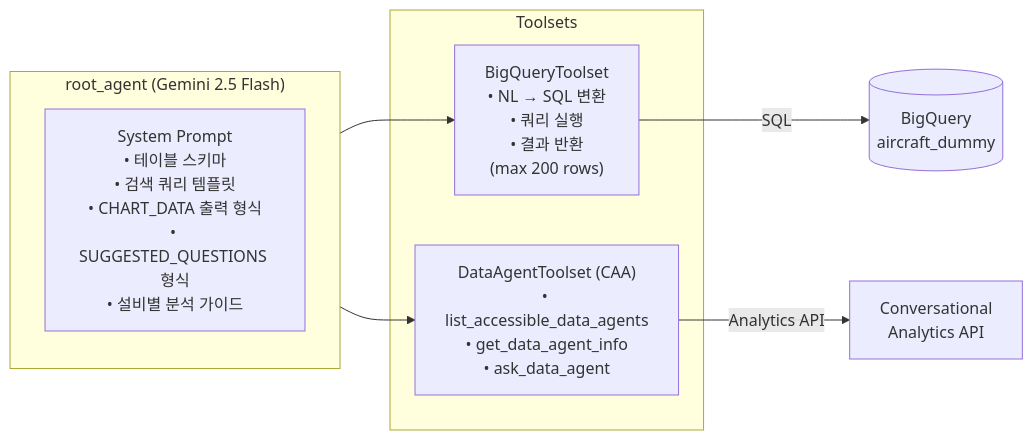
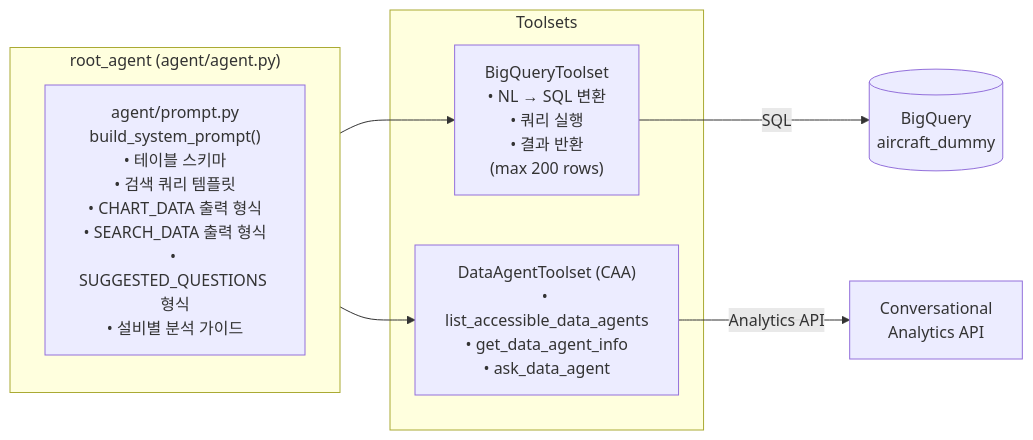
Before and after one commit to seoeunbae/aircraft-intelligence-dashboard: the fourth of 5 diagrams in ARCHITECTURE.md, drawn with Mermaid. The commit also changed other lines of this file and 1 other file, not shown here.

Commit message:
docs : update architecture docs and guide to reflect layered architecture

````diff
--- a/ARCHITECTURE.md
+++ b/ARCHITECTURE.md
@@ -226,16 +279,16 @@
 ```mermaid
 graph LR
-    subgraph Agent["root_agent (Gemini 2.5 Flash)"]
-        PROMPT["System Prompt\n• 테이블 스키마\n• 검색 쿼리 템플릿\n• CHART_DATA 출력 형식\n• SUGGESTED_QUESTIONS 형식\n• 설비별 분석 가이드"]
+    subgraph Agent["root_agent (agent/agent.py)"]
+        PROMPT["agent/prompt.py<br/>build_system_prompt()<br/>• 테이블 스키마<br/>• 검색 쿼리 템플릿<br/>• CHART_DATA 출력 형식<br/>• SEARCH_DATA 출력 형식<br/>• SUGGESTED_QUESTIONS 형식<br/>• 설비별 분석 가이드"]
     end
 
     subgraph Tools["Toolsets"]
-        BQT["BigQueryToolset\n• NL → SQL 변환\n• 쿼리 실행\n• 결과 반환\n(max 200 rows)"]
-        DAT["DataAgentToolset (CAA)\n• list_accessible_data_agents\n• get_data_agent_info\n• ask_data_agent"]
+        BQT["BigQueryToolset<br/>• NL → SQL 변환<br/>• 쿼리 실행<br/>• 결과 반환<br/>(max 200 rows)"]
+        DAT["DataAgentToolset (CAA)<br/>• list_accessible_data_agents<br/>• get_data_agent_info<br/>• ask_data_agent"]
     end
 
     Agent --> BQT
     Agent --> DAT
-    BQT -->|"SQL"| BQ[("BigQuery\naircraft_dummy")]
-    DAT -->|"Analytics API"| CAA["Conversational\nAnalytics API"]
+    BQT -->|"SQL"| BQ[("BigQuery<br/>aircraft_dummy")]
+    DAT -->|"Analytics API"| CAA["Conversational<br/>Analytics API"]
 ```
````
